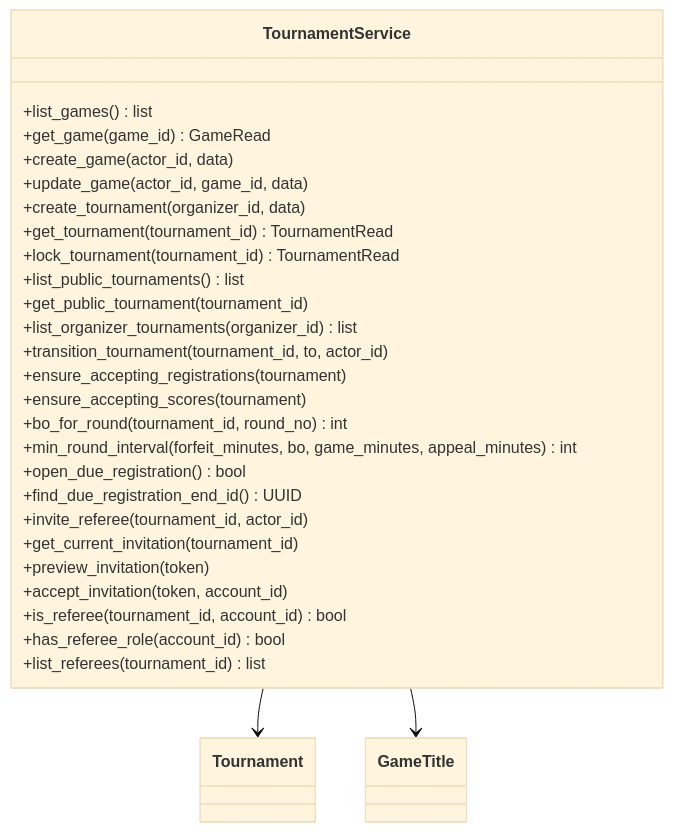
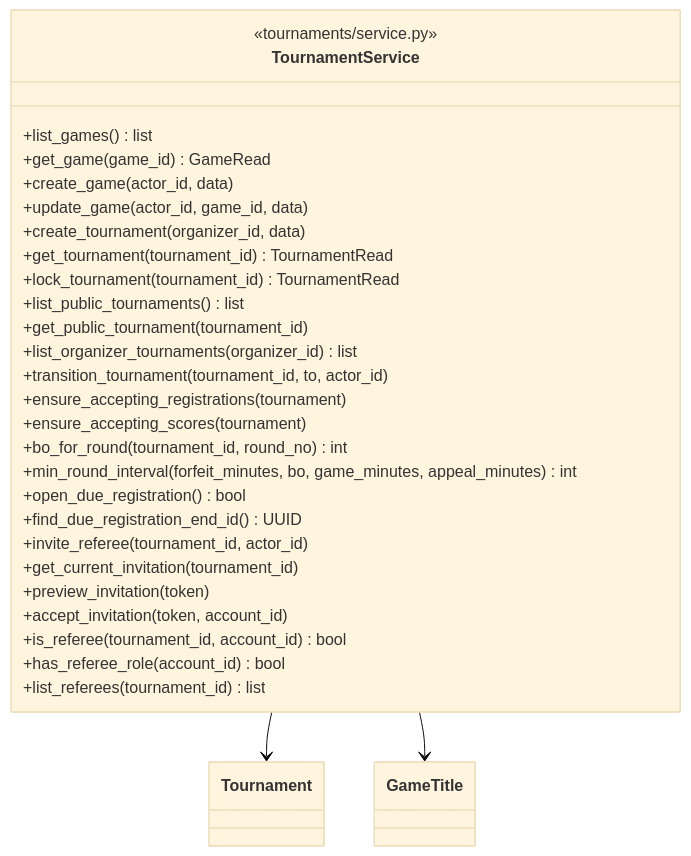
Before and after one commit to Team14good/esport-platform: the seventh of 15 diagrams in docs/midterm/D-物件設計文件.md, drawn with Mermaid (base theme). The commit also changed other lines of this file and 27 other files, not shown here.

First line of the commit message:
docs: B、C、D 其餘的圖全部對照程式標註

````diff
--- a/docs/midterm/D-物件設計文件.md
+++ b/docs/midterm/D-物件設計文件.md
@@ -325,33 +346,34 @@
 ```mermaid
 classDiagram
   class Tournament
   class GameTitle
   class TournamentService {
+    <<tournaments/service.py>>
     +list_games() list
     +get_game(game_id) GameRead
     +create_game(actor_id, data)
     +update_game(actor_id, game_id, data)
     +create_tournament(organizer_id, data)
     +get_tournament(tournament_id) TournamentRead
     +lock_tournament(tournament_id) TournamentRead
     +list_public_tournaments() list
     +get_public_tournament(tournament_id)
     +list_organizer_tournaments(organizer_id) list
     +transition_tournament(tournament_id, to, actor_id)
     +ensure_accepting_registrations(tournament)
     +ensure_accepting_scores(tournament)
     +bo_for_round(tournament_id, round_no) int
     +min_round_interval(forfeit_minutes, bo, game_minutes, appeal_minutes) int
     +open_due_registration() bool
     +find_due_registration_end_id() UUID
     +invite_referee(tournament_id, actor_id)
     +get_current_invitation(tournament_id)
     +preview_invitation(token)
     +accept_invitation(token, account_id)
     +is_referee(tournament_id, account_id) bool
     +has_referee_role(account_id) bool
     +list_referees(tournament_id) list
   }
   TournamentService --> Tournament
   TournamentService --> GameTitle
 ```
````
